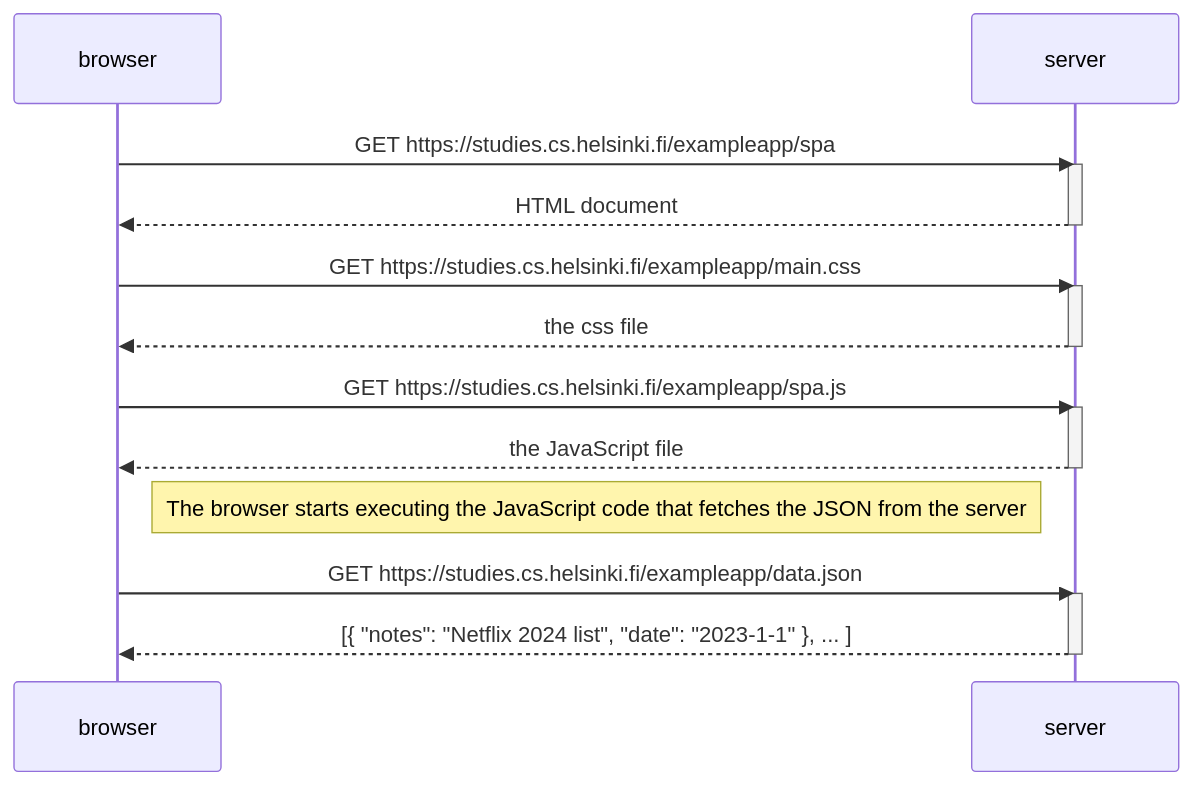
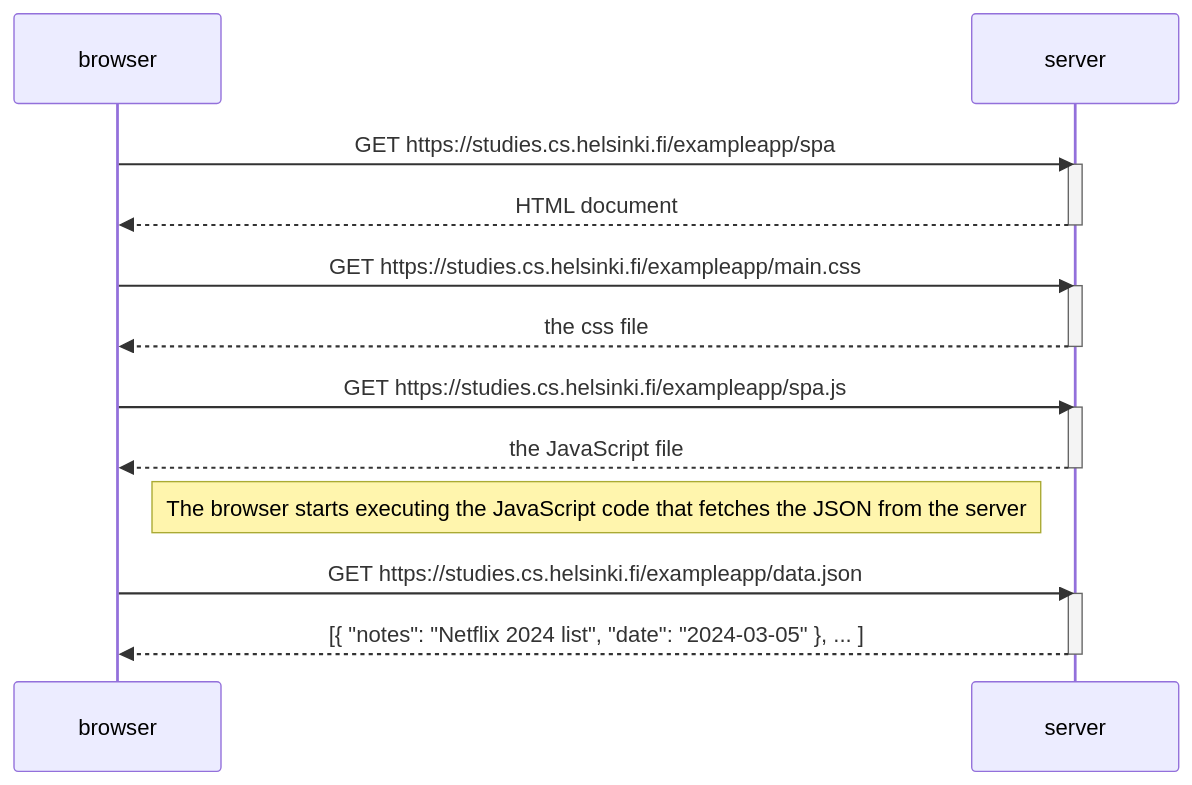
The diagram in 0.5.md (shabiraputri/Excercise-Assignment-web-development), drawn with Mermaid before and after one commit.

````diff
--- a/0.5.md
+++ b/0.5.md
@@ -1,28 +1,28 @@
 ```mermaid
 
     sequenceDiagram
     participant browser
     participant server
 
     browser->>server: GET https://studies.cs.helsinki.fi/exampleapp/spa
     activate server
     server-->>browser: HTML document
     deactivate server
 
     browser->>server: GET https://studies.cs.helsinki.fi/exampleapp/main.css
     activate server
     server-->>browser: the css file
     deactivate server
 
     browser->>server: GET https://studies.cs.helsinki.fi/exampleapp/spa.js
     activate server
     server-->>browser: the JavaScript file
     deactivate server
 
     Note right of browser: The browser starts executing the JavaScript code that fetches the JSON from the server
 
     browser->>server: GET https://studies.cs.helsinki.fi/exampleapp/data.json
     activate server
-    server-->>browser: [{ "notes": "Netflix 2024 list", "date": "2023-1-1" }, ... ]
+    server-->>browser: [{ "notes": "Netflix 2024 list", "date": "2024-03-05" }, ... ]
     deactivate server
 ```
````
